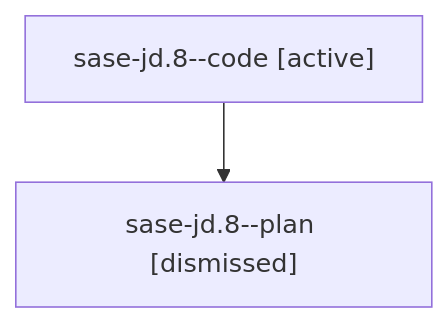
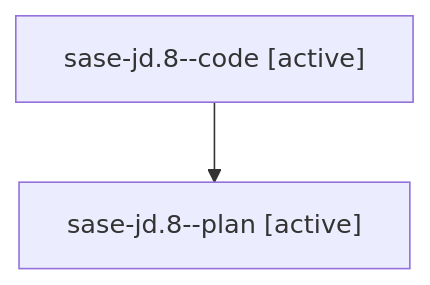
One commit to sase-org/sase--agents changed the diagram in families/bbugyi200.athena.sase-jd.8.md. Above: the diagram before and after it, drawn with Mermaid. The commit also changed other lines of this file and 35830 other files, not shown here.

````diff
--- a/families/bbugyi200.athena.sase-jd.8.md
+++ b/families/bbugyi200.athena.sase-jd.8.md
@@ -9,6 +9,6 @@
 ```mermaid
 flowchart TD
   n0["sase-jd.8--code [active]"]
-  n1["sase-jd.8--plan [dismissed]"]
+  n1["sase-jd.8--plan [active]"]
   n0 --> n1
 ```
````
